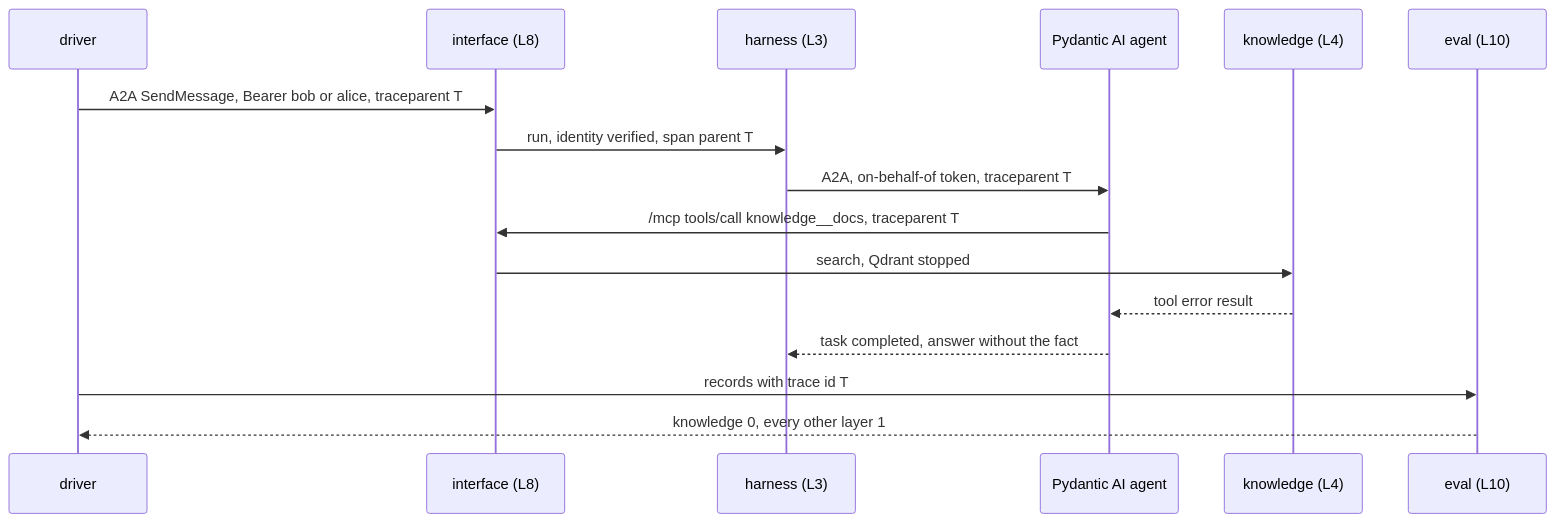
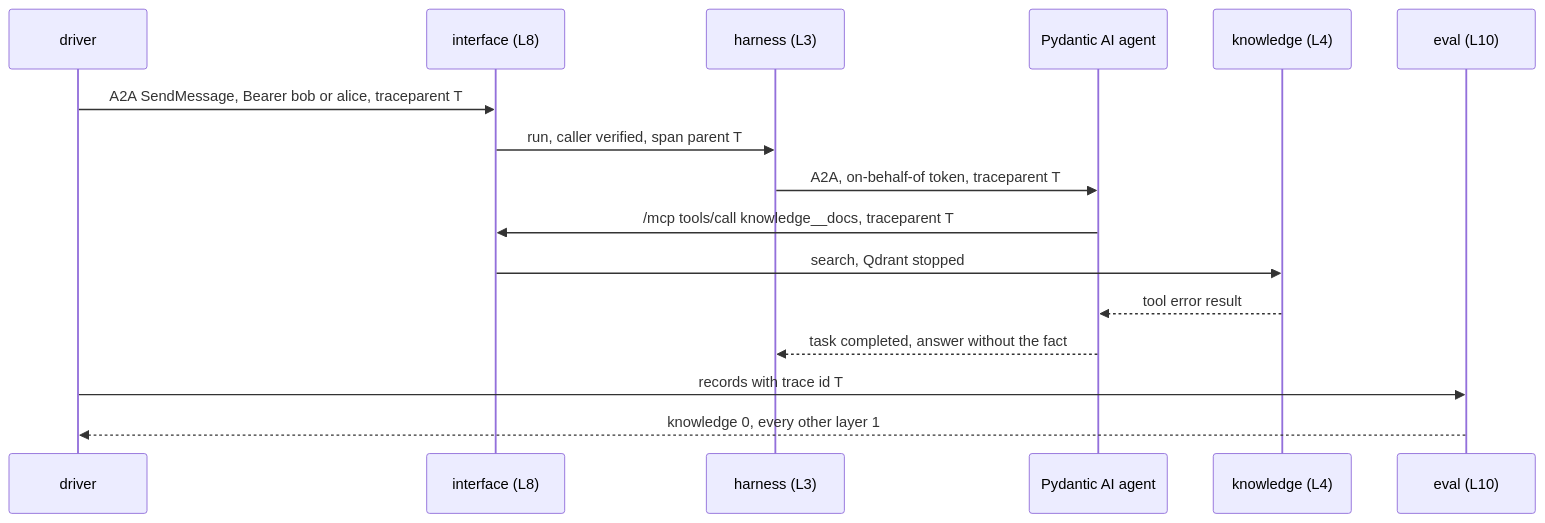
Before and after one commit to aantenore/agent-layers: the second of 2 diagrams in docs/slice.md, drawn with Mermaid. The commit also changed other lines of this file and 26 other files, not shown here.

````diff
--- a/docs/slice.md
+++ b/docs/slice.md
@@ -157,18 +161,18 @@
 ```mermaid
 sequenceDiagram
   participant D as driver
   participant I as interface (L8)
   participant H as harness (L3)
   participant P as Pydantic AI agent
   participant K as knowledge (L4)
   participant E as eval (L10)
   D->>I: A2A SendMessage, Bearer bob or alice, traceparent T
-  I->>H: run, identity verified, span parent T
+  I->>H: run, caller verified, span parent T
   H->>P: A2A, on-behalf-of token, traceparent T
   P->>I: /mcp tools/call knowledge__docs, traceparent T
   I->>K: search, Qdrant stopped
   K-->>P: tool error result
   P-->>H: task completed, answer without the fact
   D->>E: records with trace id T
   E-->>D: knowledge 0, every other layer 1
 ```
````
